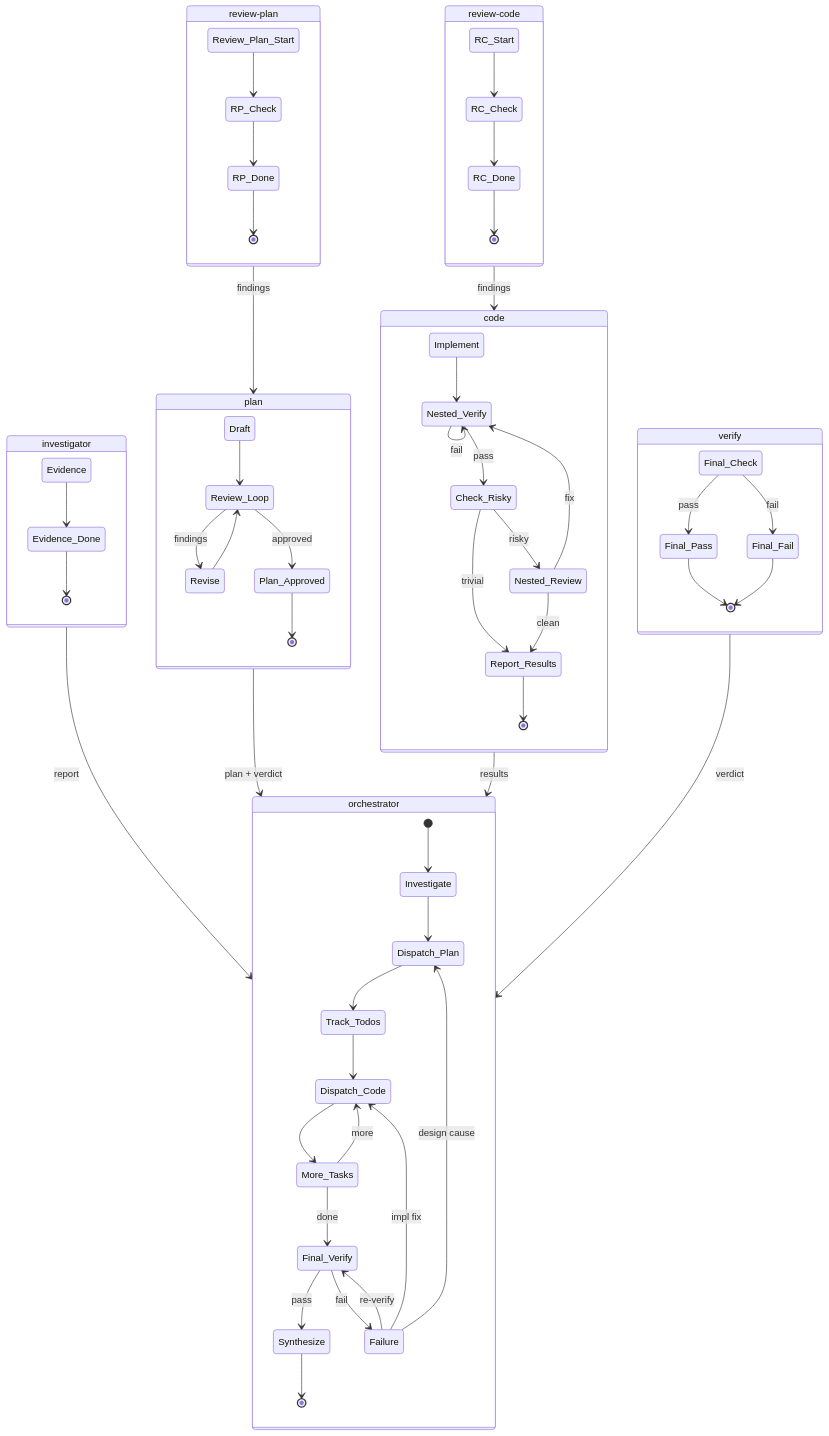
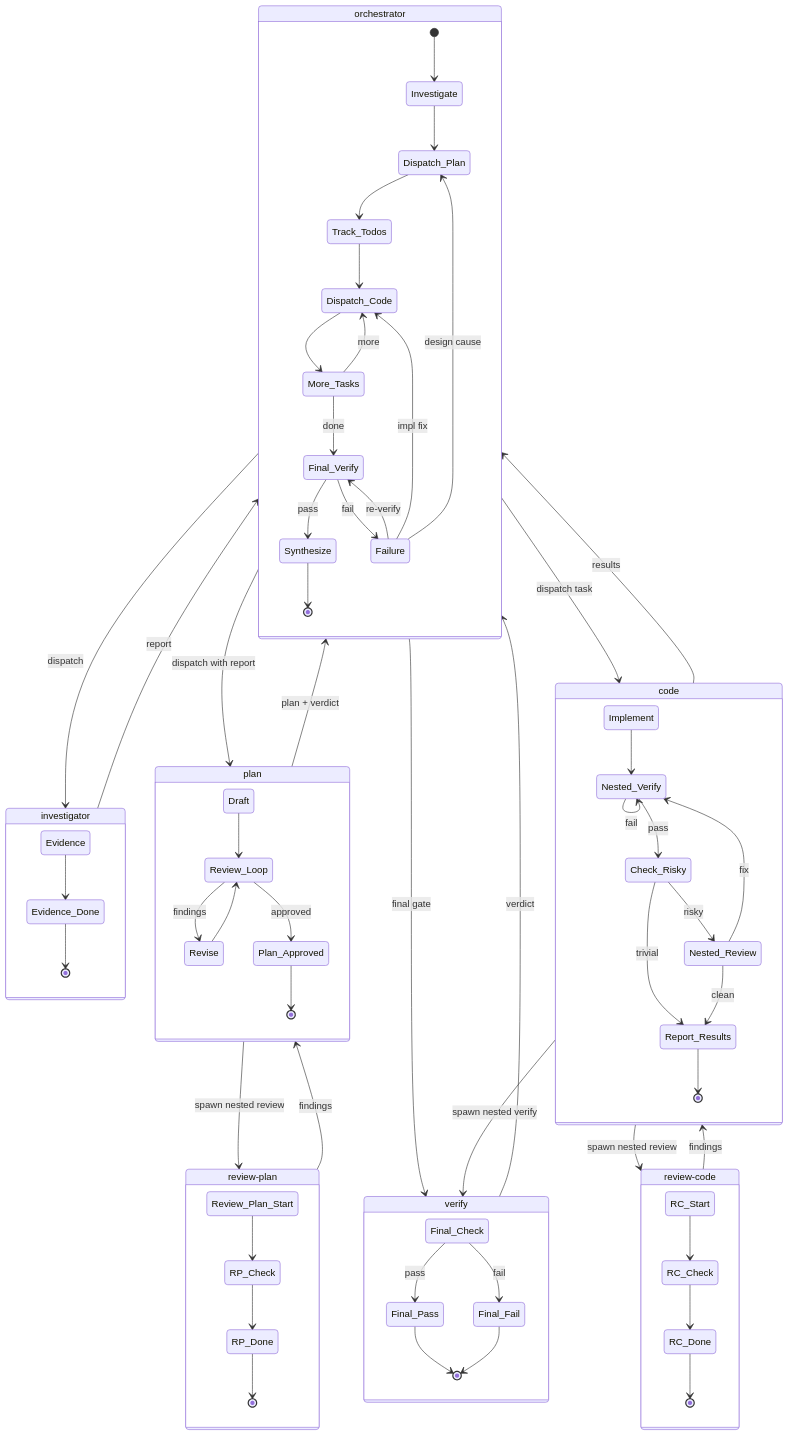
Before and after one commit to gelse/AI-snippets: the second of 2 diagrams in docs/orchestrator-workflow.md, drawn with Mermaid.

Commit message:
Add dispatch transitions to mode state diagram

````diff
--- a/docs/orchestrator-workflow.md
+++ b/docs/orchestrator-workflow.md
@@ -65,68 +65,76 @@
 ```mermaid
 stateDiagram-v2
     state "orchestrator" as ORCH {
         [*] --> Investigate
         Investigate --> Dispatch_Plan
         Dispatch_Plan --> Track_Todos
         Track_Todos --> Dispatch_Code
         Dispatch_Code --> More_Tasks
         More_Tasks --> Dispatch_Code : more
         More_Tasks --> Final_Verify : done
         Final_Verify --> Synthesize : pass
         Final_Verify --> Failure : fail
         Failure --> Dispatch_Code : impl fix
         Failure --> Dispatch_Plan : design cause
         Failure --> Final_Verify : re-verify
         Synthesize --> [*]
     }
 
     state "investigator" as INV {
         Evidence --> Evidence_Done
         Evidence_Done --> [*]
     }
 
     state "plan" as PLAN {
         Draft --> Review_Loop
         Review_Loop --> Revise : findings
         Revise --> Review_Loop
         Review_Loop --> Plan_Approved : approved
         Plan_Approved --> [*]
     }
 
     state "review-plan" as REVIEW_PLAN {
         Review_Plan_Start --> RP_Check
         RP_Check --> RP_Done
         RP_Done --> [*]
     }
 
     state "code" as CODE {
         Implement --> Nested_Verify
         Nested_Verify --> Nested_Verify : fail
         Nested_Verify --> Check_Risky : pass
         Check_Risky --> Nested_Review : risky
         Check_Risky --> Report_Results : trivial
         Nested_Review --> Nested_Verify : fix
         Nested_Review --> Report_Results : clean
         Report_Results --> [*]
     }
 
     state "verify" as VERIFY {
         Final_Check --> Final_Pass : pass
         Final_Check --> Final_Fail : fail
         Final_Pass --> [*]
         Final_Fail --> [*]
     }
 
     state "review-code" as REVIEW_CODE {
         RC_Start --> RC_Check
         RC_Check --> RC_Done
         RC_Done --> [*]
     }
 
+    ORCH --> INV : dispatch
+    ORCH --> PLAN : dispatch with report
+    ORCH --> CODE : dispatch task
+    ORCH --> VERIFY : final gate
+    PLAN --> REVIEW_PLAN : spawn nested review
+    CODE --> VERIFY : spawn nested verify
+    CODE --> REVIEW_CODE : spawn nested review
+
     INV --> ORCH : report
     PLAN --> ORCH : plan + verdict
     CODE --> ORCH : results
     VERIFY --> ORCH : verdict
     REVIEW_PLAN --> PLAN : findings
     REVIEW_CODE --> CODE : findings
 ```
````
